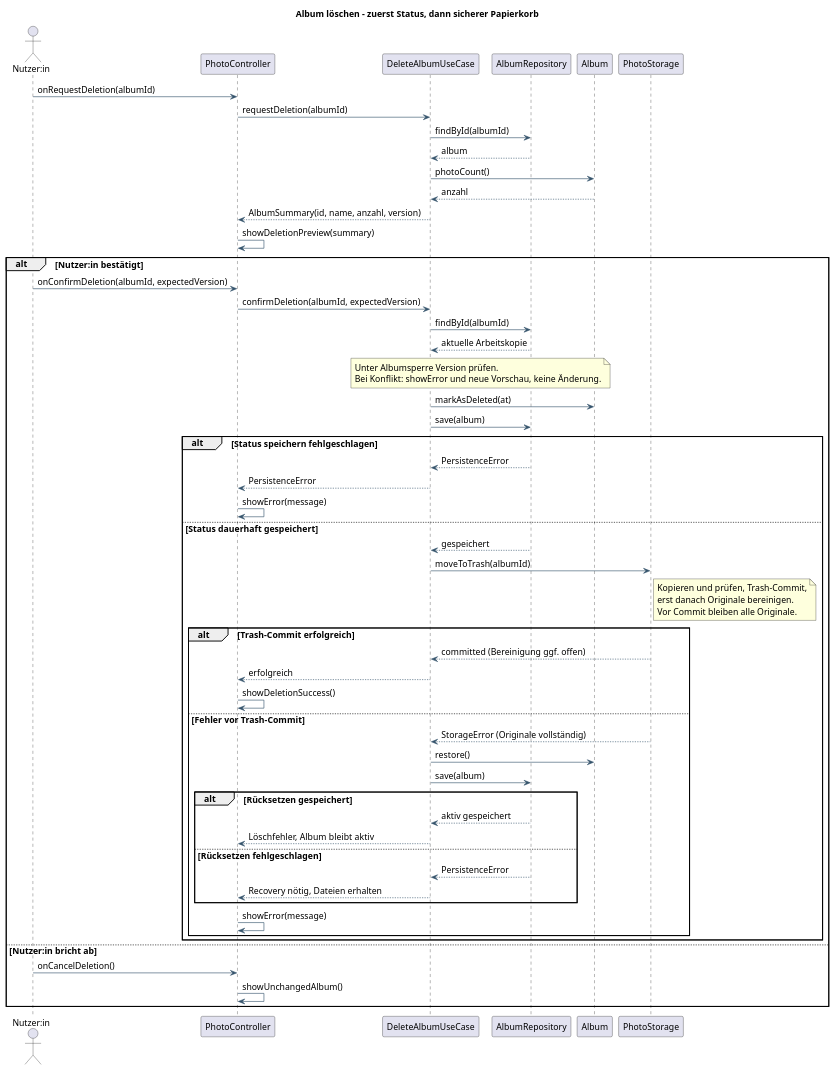
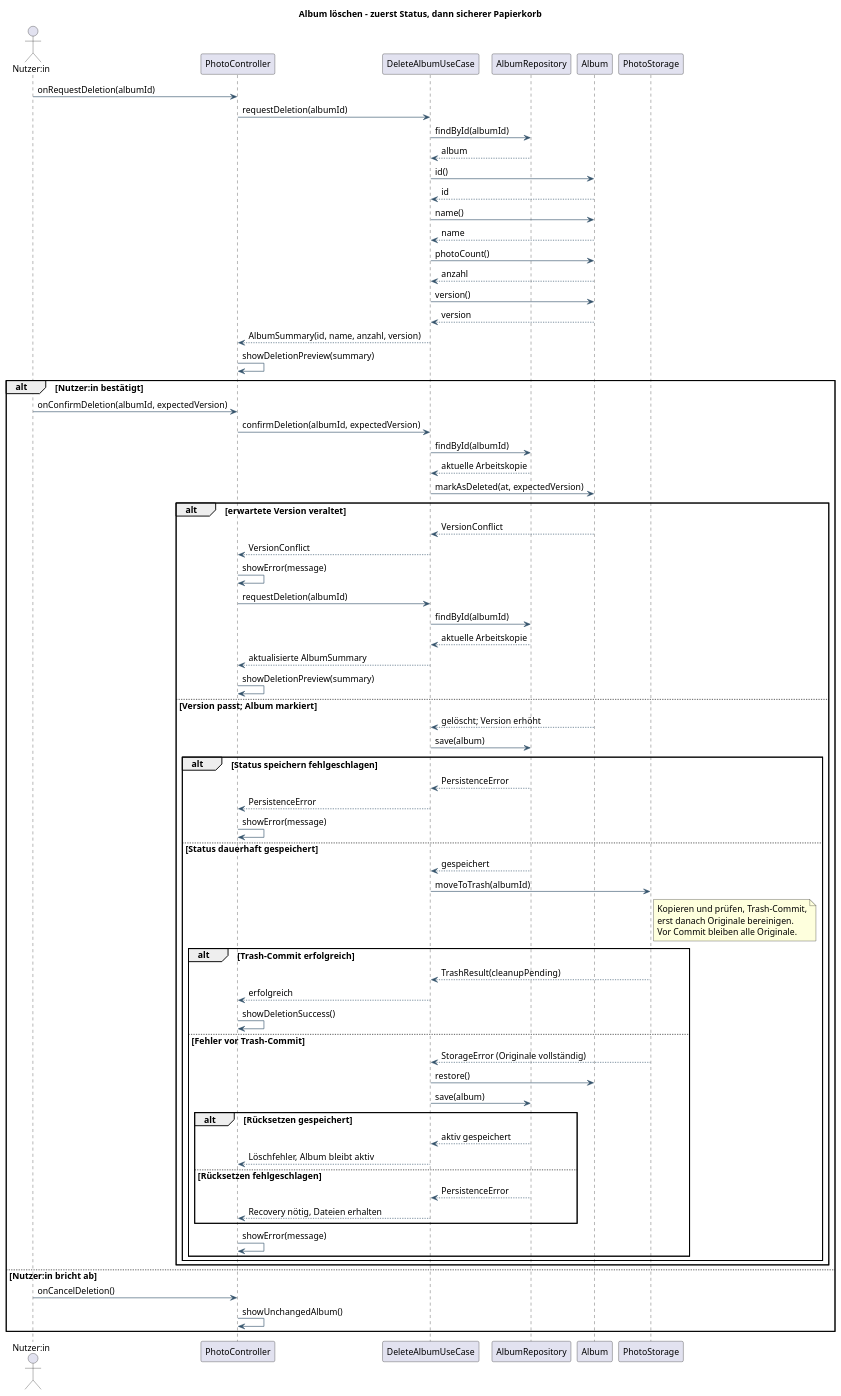
Before and after one commit to ichessebaeume1/PhotoApp: the diagram in docs/design/album-loeschen.puml, drawn with PlantUML. The commit also changed 13 other files, not shown here.

```diff
--- a/docs/design/album-loeschen.puml
+++ b/docs/design/album-loeschen.puml
@@ -1,71 +1,85 @@
 @startuml
 skinparam backgroundColor white
 skinparam shadowing false
 skinparam defaultFontName SansSerif
 skinparam defaultFontSize 14
 skinparam classAttributeIconSize 0
 skinparam packageStyle rectangle
 skinparam ArrowColor #34536B
 skinparam classBackgroundColor #F1F6FA
 skinparam classBorderColor #34536B
 title Album löschen – zuerst Status, dann sicherer Papierkorb
 actor "Nutzer:in" as User
 participant PhotoController as UI
 participant DeleteAlbumUseCase as UC
 participant AlbumRepository as Repo
 participant Album
 participant PhotoStorage as Storage
 User -> UI : onRequestDeletion(albumId)
 UI -> UC : requestDeletion(albumId)
 UC -> Repo : findById(albumId)
 Repo --> UC : album
+UC -> Album : id()
+Album --> UC : id
+UC -> Album : name()
+Album --> UC : name
 UC -> Album : photoCount()
 Album --> UC : anzahl
+UC -> Album : version()
+Album --> UC : version
 UC --> UI : AlbumSummary(id, name, anzahl, version)
 UI -> UI : showDeletionPreview(summary)
 alt Nutzer:in bestätigt
  User -> UI : onConfirmDeletion(albumId, expectedVersion)
  UI -> UC : confirmDeletion(albumId, expectedVersion)
  UC -> Repo : findById(albumId)
  Repo --> UC : aktuelle Arbeitskopie
- note over UC,Repo
-Unter Albumsperre Version prüfen.
-Bei Konflikt: showError und neue Vorschau, keine Änderung.
-end note
- UC -> Album : markAsDeleted(at)
- UC -> Repo : save(album)
- alt Status speichern fehlgeschlagen
-  Repo --> UC : PersistenceError
-  UC --> UI : PersistenceError
+ UC -> Album : markAsDeleted(at, expectedVersion)
+ alt erwartete Version veraltet
+  Album --> UC : VersionConflict
+  UC --> UI : VersionConflict
   UI -> UI : showError(message)
- else Status dauerhaft gespeichert
-  Repo --> UC : gespeichert
-  UC -> Storage : moveToTrash(albumId)
-  note right of Storage
-   Kopieren und prüfen, Trash-Commit,
-   erst danach Originale bereinigen.
-   Vor Commit bleiben alle Originale.
-  end note
-  alt Trash-Commit erfolgreich
-   Storage --> UC : committed (Bereinigung ggf. offen)
+  UI -> UC : requestDeletion(albumId)
+  UC -> Repo : findById(albumId)
+  Repo --> UC : aktuelle Arbeitskopie
+  UC --> UI : aktualisierte AlbumSummary
+  UI -> UI : showDeletionPreview(summary)
+ else Version passt; Album markiert
+  Album --> UC : gelöscht; Version erhöht
+  UC -> Repo : save(album)
+  alt Status speichern fehlgeschlagen
+   Repo --> UC : PersistenceError
+   UC --> UI : PersistenceError
+   UI -> UI : showError(message)
+  else Status dauerhaft gespeichert
+   Repo --> UC : gespeichert
+   UC -> Storage : moveToTrash(albumId)
+   note right of Storage
+    Kopieren und prüfen, Trash-Commit,
+    erst danach Originale bereinigen.
+    Vor Commit bleiben alle Originale.
+   end note
+   alt Trash-Commit erfolgreich
+    Storage --> UC : TrashResult(cleanupPending)
    UC --> UI : erfolgreich
    UI -> UI : showDeletionSuccess()
-  else Fehler vor Trash-Commit
-   Storage --> UC : StorageError (Originale vollständig)
-   UC -> Album : restore()
-   UC -> Repo : save(album)
-   alt Rücksetzen gespeichert
-    Repo --> UC : aktiv gespeichert
-    UC --> UI : Löschfehler, Album bleibt aktiv
-   else Rücksetzen fehlgeschlagen
-    Repo --> UC : PersistenceError
-    UC --> UI : Recovery nötig, Dateien erhalten
+   else Fehler vor Trash-Commit
+    Storage --> UC : StorageError (Originale vollständig)
+    UC -> Album : restore()
+    UC -> Repo : save(album)
+    alt Rücksetzen gespeichert
+     Repo --> UC : aktiv gespeichert
+     UC --> UI : Löschfehler, Album bleibt aktiv
+    else Rücksetzen fehlgeschlagen
+     Repo --> UC : PersistenceError
+     UC --> UI : Recovery nötig, Dateien erhalten
+    end
+    UI -> UI : showError(message)
    end
-   UI -> UI : showError(message)
   end
  end
 else Nutzer:in bricht ab
  User -> UI : onCancelDeletion()
  UI -> UI : showUnchangedAlbum()
 end
 @enduml
```
